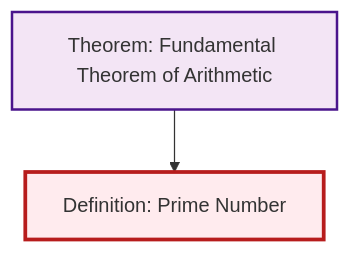
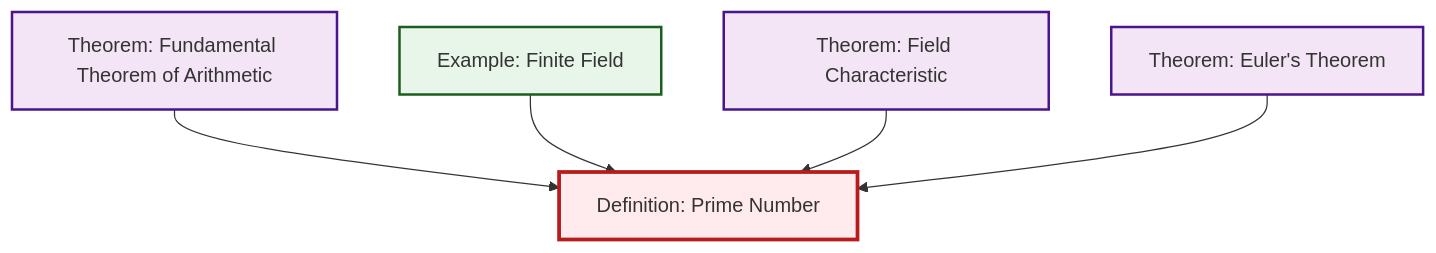
The diagram in content/en/number-theory/def-prime.qmd (RK0429/ModernMath), drawn with Mermaid before and after one commit. The commit also changed other lines of this file and 203 other files, not shown here.

````diff
--- a/content/en/number-theory/def-prime.qmd
+++ b/content/en/number-theory/def-prime.qmd
@@ -53,15 +53,19 @@
 ```{mermaid}
 %%| fig-cap: "Local dependency graph"
 graph TD
     classDef definition fill:#e1f5fe,stroke:#01579b,stroke-width:2px
     classDef theorem fill:#f3e5f5,stroke:#4a148c,stroke-width:2px
     classDef axiom fill:#fff3e0,stroke:#e65100,stroke-width:2px
     classDef example fill:#e8f5e9,stroke:#1b5e20,stroke-width:2px
     classDef current fill:#ffebee,stroke:#b71c1c,stroke-width:3px
+    ex-finite-field["Example: Finite Field"]:::example
+    thm-field-characteristic["Theorem: Field Characteristic"]:::theorem
+    thm-euler["Theorem: Euler's Theorem"]:::theorem
     def-prime["Definition: Prime Number"]:::definition
     thm-fundamental-arithmetic["Theorem: Fundamental Theorem of Arithmetic"]:::theorem
     thm-fundamental-arithmetic --> def-prime
+    ex-finite-field --> def-prime
+    thm-field-characteristic --> def-prime
+    thm-euler --> def-prime
     class def-prime current
-
-    click thm-fundamental-arithmetic "thm-fundamental-arithmetic.html" "Go to Fundamental Theorem of Arithmetic theorem"
 ```
````
